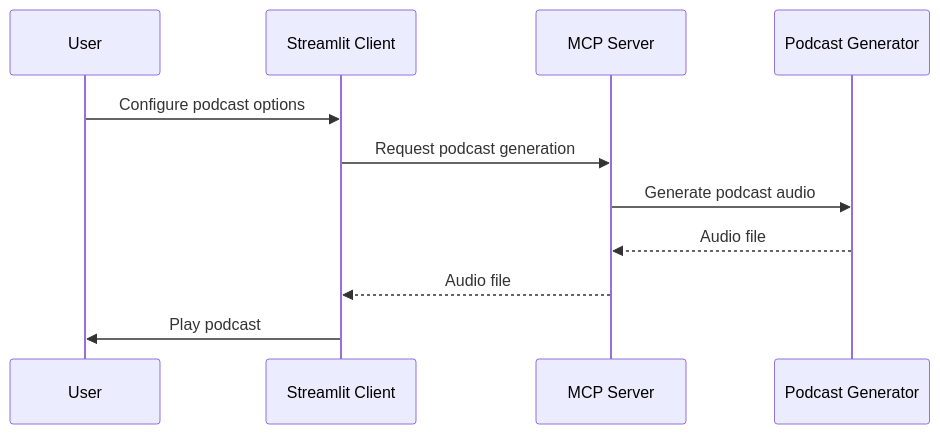
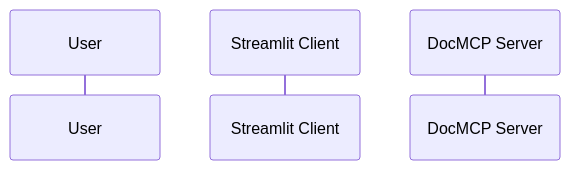
One commit to theodoremui/bioreasoning changed the third of 4 diagrams in docs/architecture.md. Above: the diagram before and after it, drawn with Mermaid. The commit also changed other lines of this file and 26 other files, not shown here.

````diff
--- a/docs/architecture.md
+++ b/docs/architecture.md
@@ -64,14 +63,6 @@
 ```mermaid
 sequenceDiagram
     participant User
     participant Client as Streamlit Client
-    participant Server as MCP Server
-    participant Podcast as Podcast Generator
-
-    User->>Client: Configure podcast options
-    Client->>Server: Request podcast generation
-    Server->>Podcast: Generate podcast audio
-    Podcast-->>Server: Audio file
-    Server-->>Client: Audio file
-    Client->>User: Play podcast
+    participant Server as DocMCP Server
 ```
````
